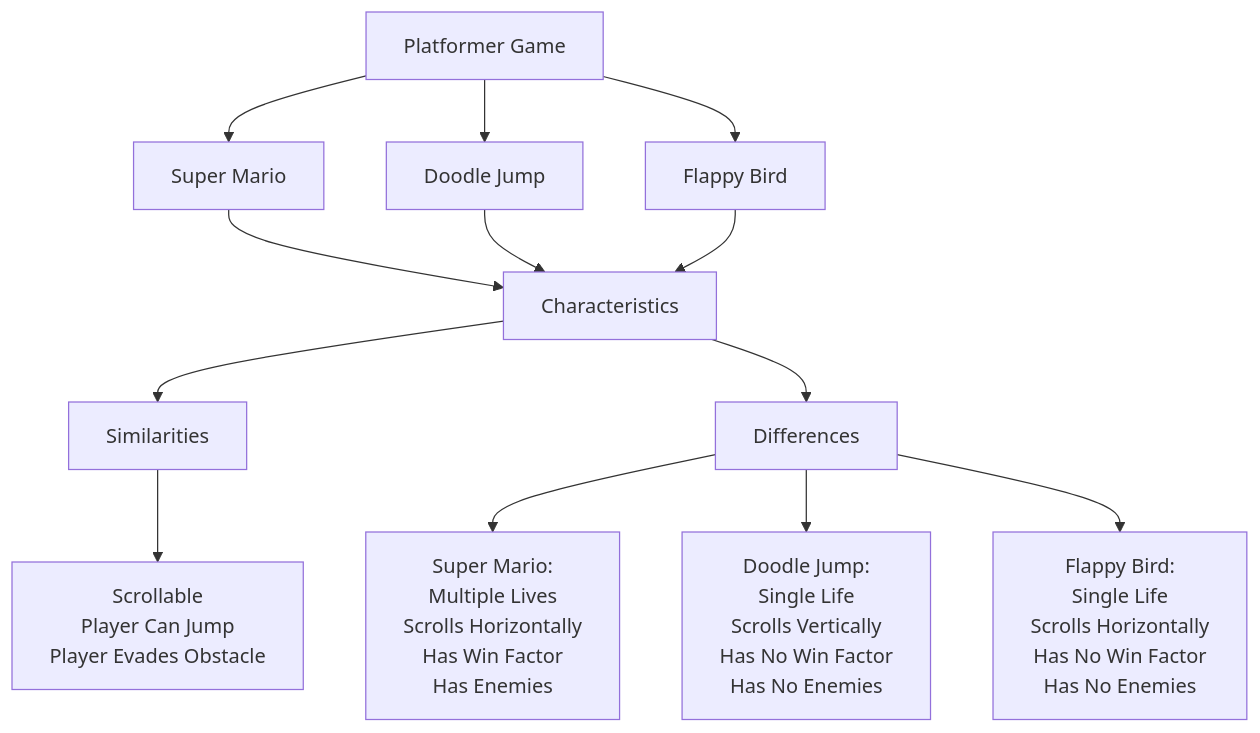
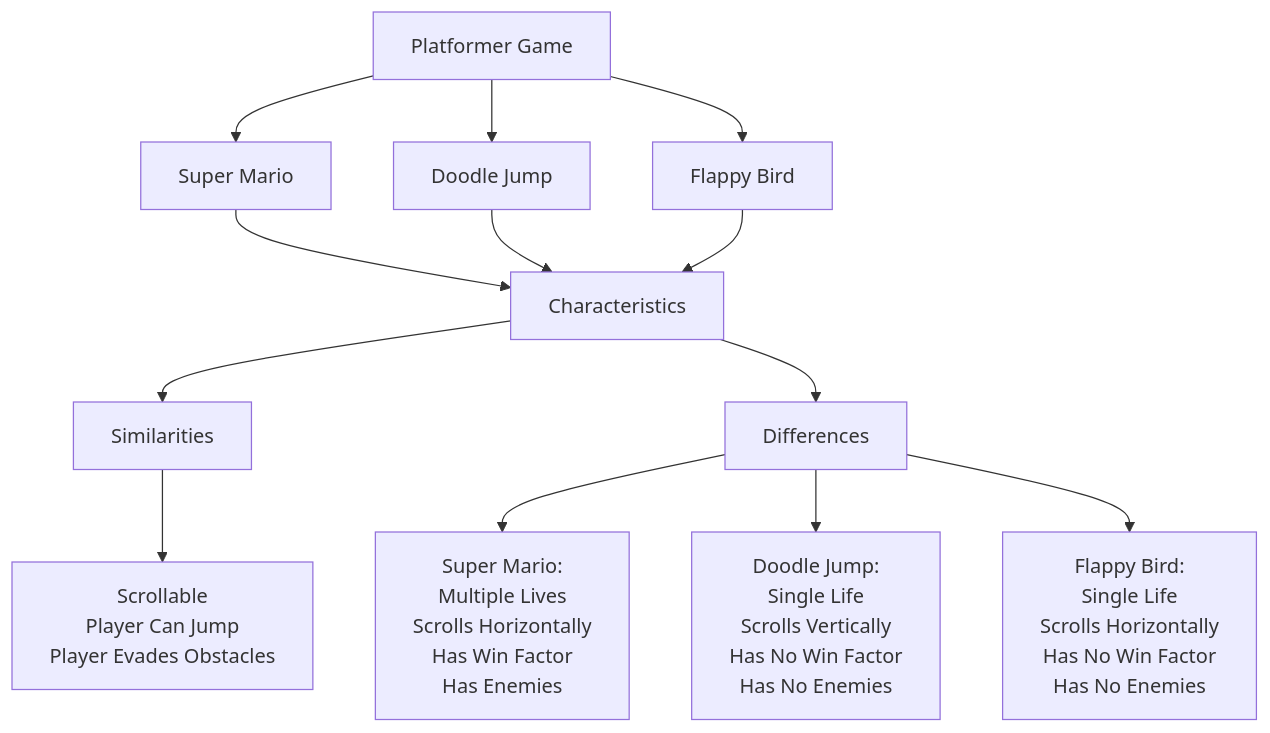
The first of 2 diagrams in doc/presentation1/presentationFile.md (mgaray99/final_team02), drawn with Mermaid before and after one commit.

````diff
--- a/doc/presentation1/presentationFile.md
+++ b/doc/presentation1/presentationFile.md
@@ -13,15 +13,15 @@
 ```mermaid
 graph TD;
 Platformer[Platformer Game]-->SuperMario[Super Mario]
 Platformer[Platformer Game]-->DoodleJump[Doodle Jump]
 Platformer[Platformer Game]-->FlappyBirds[Flappy Bird]
 SuperMario[Super Mario]-->Characteristics
 DoodleJump[Doodle Jump]-->Characteristics
 FlappyBirds[Flappy Bird]-->Characteristics
 Characteristics-->Similarities
 Characteristics-->Differences
-Similarities-->List[Scrollable<br/>Player Can Jump<br/>Player Evades Obstacle]
+Similarities-->List[Scrollable<br/>Player Can Jump<br/>Player Evades Obstacles]
 Differences-->Mario[Super Mario:<br/>Multiple Lives<br/>Scrolls Horizontally<br/>Has Win Factor<br/>Has Enemies]
 Differences-->Doodle[Doodle Jump:<br/>Single Life<br/>Scrolls Vertically<br/>Has No Win Factor<br/>Has No Enemies]
 Differences-->Flappy[Flappy Bird:<br/>Single Life<br/>Scrolls Horizontally<br/>Has No Win Factor<br/>Has No Enemies]
 ```
````
